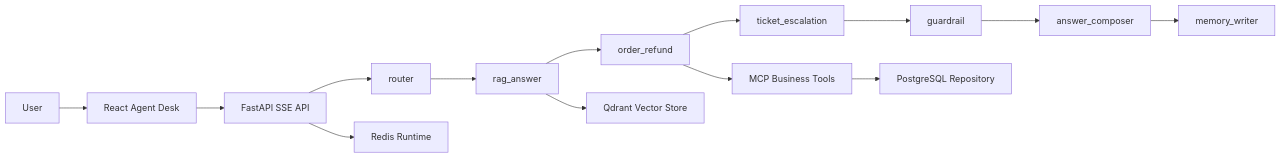
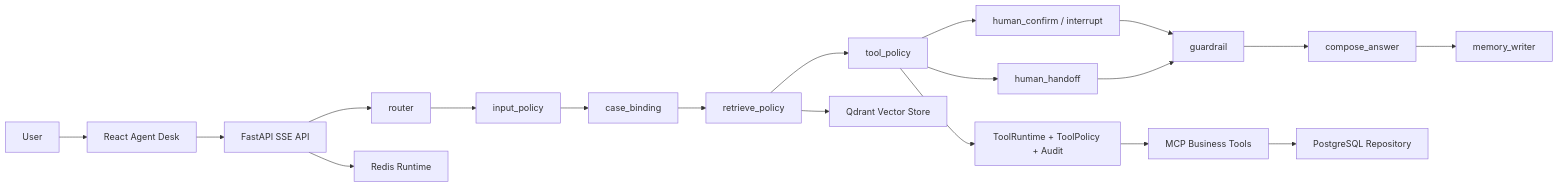
The diagram in docs/architecture.md (nguxw/smart_cs), drawn with Mermaid before and after one commit. The commit also changed other lines of this file and 70 other files, not shown here.

````diff
--- a/docs/architecture.md
+++ b/docs/architecture.md
@@ -5,16 +5,21 @@
 ```mermaid
 flowchart LR
   U["User"] --> FE["React Agent Desk"]
   FE --> API["FastAPI SSE API"]
   API --> R["router"]
-  R --> K["rag_answer"]
-  K --> O["order_refund"]
-  O --> T["ticket_escalation"]
-  T --> G["guardrail"]
-  G --> A["answer_composer"]
+  R --> P["input_policy"]
+  P --> C["case_binding"]
+  C --> K["retrieve_policy"]
+  K --> O["tool_policy"]
+  O --> H["human_confirm / interrupt"]
+  O --> T["human_handoff"]
+  H --> G["guardrail"]
+  T --> G
+  G --> A["compose_answer"]
   A --> M["memory_writer"]
   K --> Q["Qdrant Vector Store"]
-  O --> MCP["MCP Business Tools"]
+  O --> TR["ToolRuntime + ToolPolicy + Audit"]
+  TR --> MCP["MCP Business Tools"]
   MCP --> DB["PostgreSQL Repository"]
   API --> RDS["Redis Runtime"]
 ```
````
